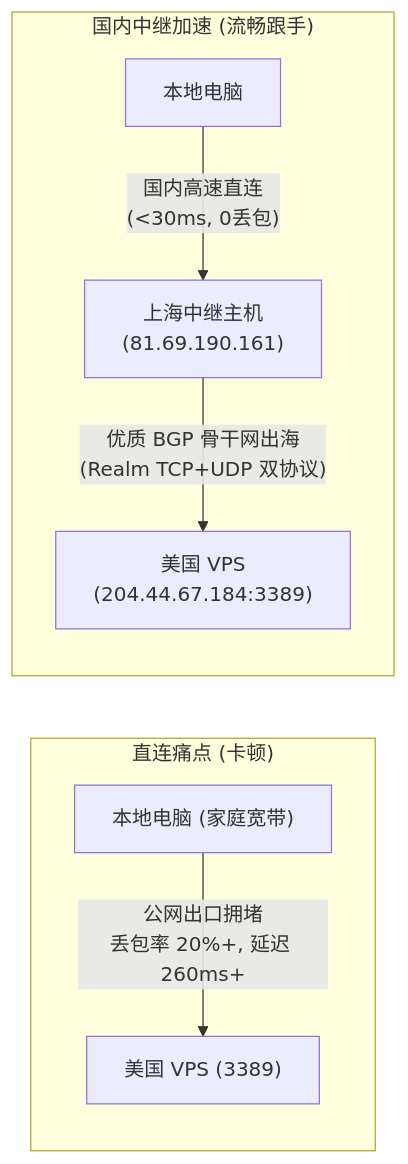
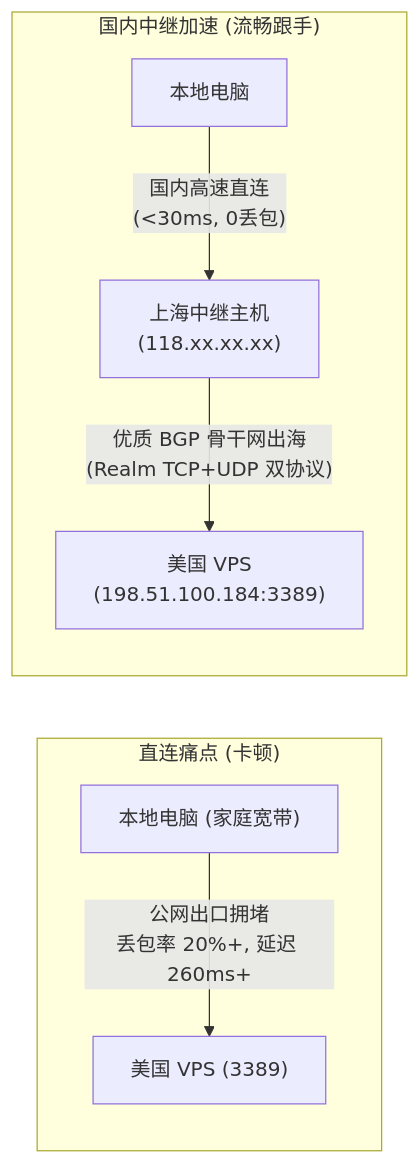
Before and after one commit to ponyletter/py310sphinx_knowledge: the second of 2 diagrams in docs/source/courses/geek_notes_and_ai_dialogues/stage3_indie_dev_and_tech_notes/13_guide_ubuntu_vps_headless_to_xfce_xrdp_remote_desktop.md, drawn with Mermaid. The commit also changed other lines of this file and 367 other files, not shown here.

````diff
--- a/docs/source/courses/geek_notes_and_ai_dialogues/stage3_indie_dev_and_tech_notes/13_guide_ubuntu_vps_headless_to_xfce_xrdp_remote_desktop.md
+++ b/docs/source/courses/geek_notes_and_ai_dialogues/stage3_indie_dev_and_tech_notes/13_guide_ubuntu_vps_headless_to_xfce_xrdp_remote_desktop.md
@@ -189,11 +189,11 @@
 ```{mermaid}
 flowchart LR
     subgraph Direct["直连痛点 (卡顿)"]
         PC1["本地电脑 (家庭宽带)"] -- "公网出口拥堵<br/>丢包率 20%+, 延迟 260ms+" --> US1["美国 VPS (3389)"]
     end
 
     subgraph Relay["国内中继加速 (流畅跟手)"]
-        PC2["本地电脑"] -- "国内高速直连<br/>(<30ms, 0丢包)" --> SH["上海中继主机<br/>(81.69.190.161)"]
-        SH -- "优质 BGP 骨干网出海<br/>(Realm TCP+UDP 双协议)" --> US2["美国 VPS<br/>(204.44.67.184:3389)"]
+        PC2["本地电脑"] -- "国内高速直连<br/>(<30ms, 0丢包)" --> SH["上海中继主机<br/>(118.xx.xx.xx)"]
+        SH -- "优质 BGP 骨干网出海<br/>(Realm TCP+UDP 双协议)" --> US2["美国 VPS<br/>(198.51.100.184:3389)"]
     end
 ```
````
